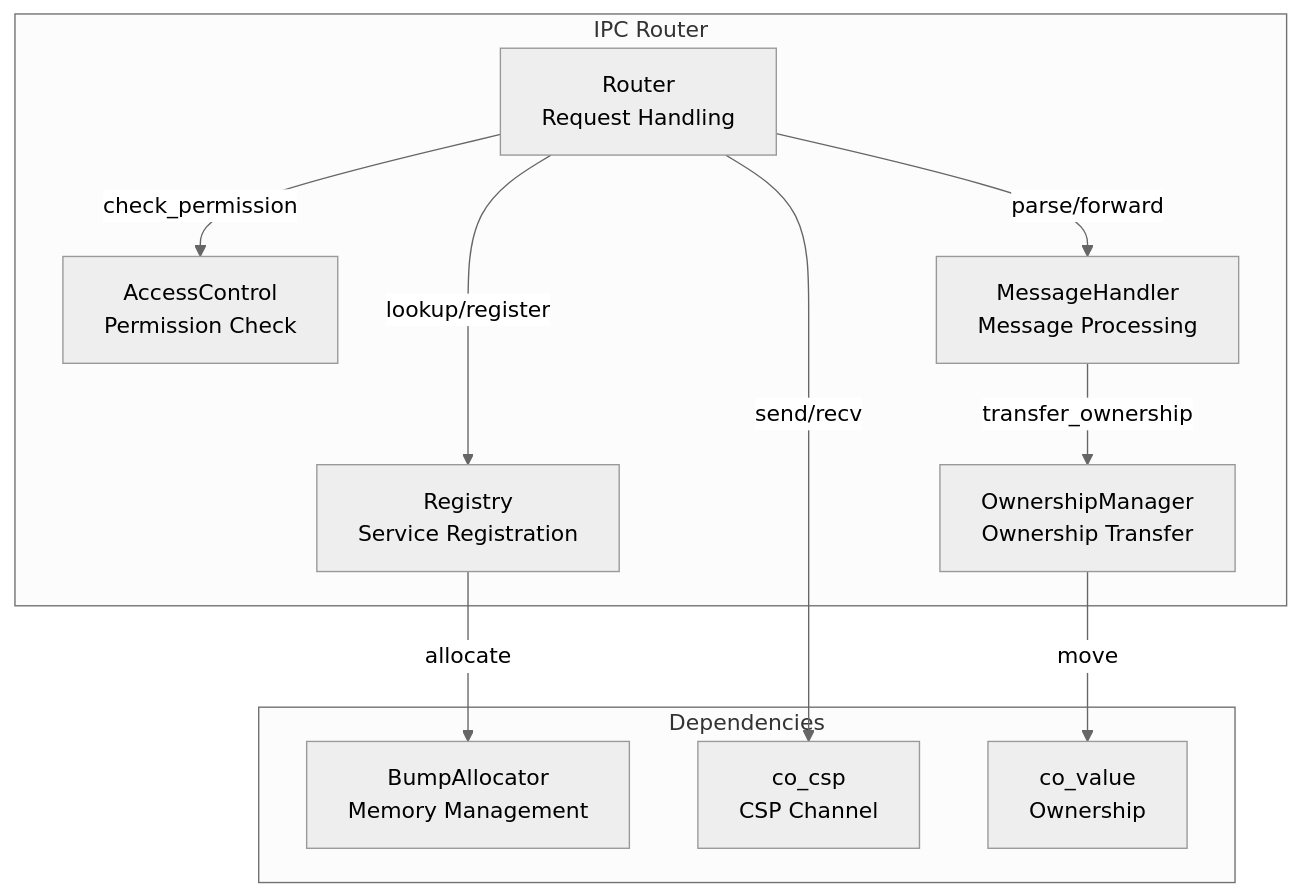
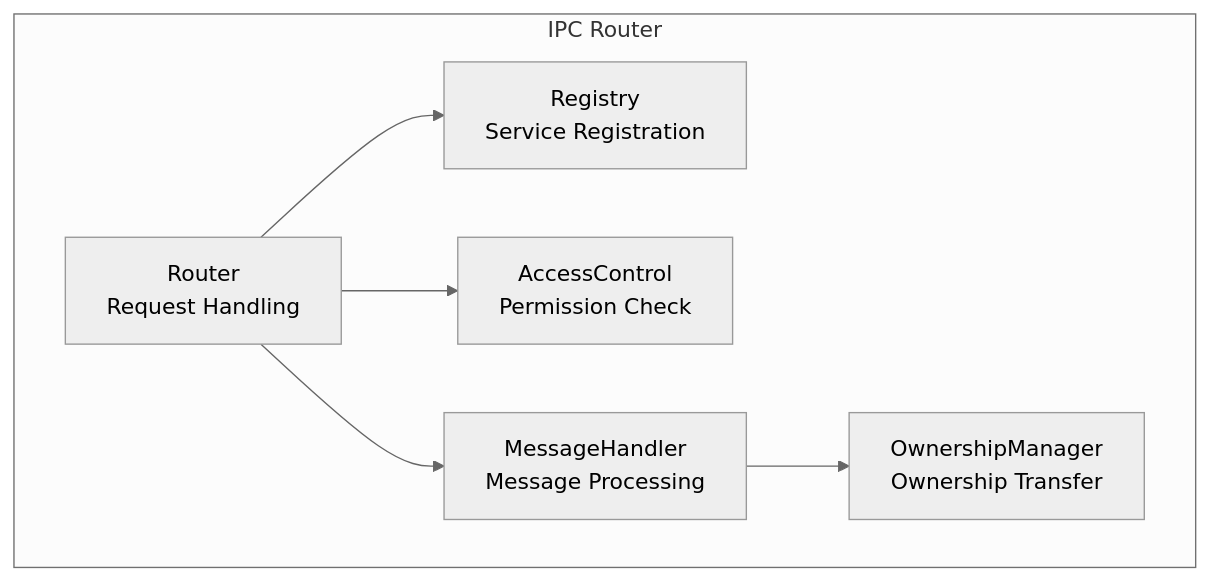
One commit to kmt-t/fireball changed the first of 3 diagrams in docs/orders/components/router.md. Above: the diagram before and after it, drawn with Mermaid (neutral theme). The commit also changed other lines of this file and 27 other files, not shown here.

````diff
--- a/docs/orders/components/router.md
+++ b/docs/orders/components/router.md
@@ -106,24 +13,15 @@
 ```mermaid
 graph TB
     subgraph "IPC Router"
-        A[Registry<br/>Service Registration]
-        B[AccessControl<br/>Permission Check]
-        C[Router<br/>Request Handling]
-        D[MessageHandler<br/>Message Processing]
-        E[OwnershipManager<br/>Ownership Transfer]
+        Reg[Registry<br/>Service Registration]
+        AC[AccessControl<br/>Permission Check]
+        R[Router<br/>Request Handling]
+        MH[MessageHandler<br/>Message Processing]
+        OM[OwnershipManager<br/>Ownership Transfer]
     end
     
-    subgraph Dependencies
-        F[BumpAllocator<br/>Memory Management]
-        G[co_csp<br/>CSP Channel]
-        H[co_value<br/>Ownership]
-    end
-    
-    C -->|lookup/register| A
-    C -->|check_permission| B
-    C -->|parse/forward| D
-    D -->|transfer_ownership| E
-    A -->|allocate| F
-    C -->|send/recv| G
-    E -->|move| H
+    R --> Reg
+    R --> AC
+    R --> MH
+    MH --> OM
 ```
````
